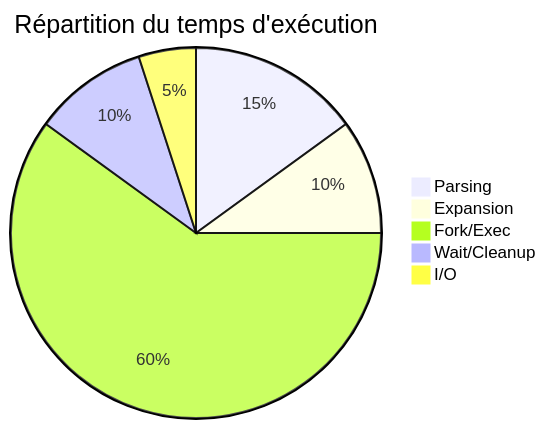
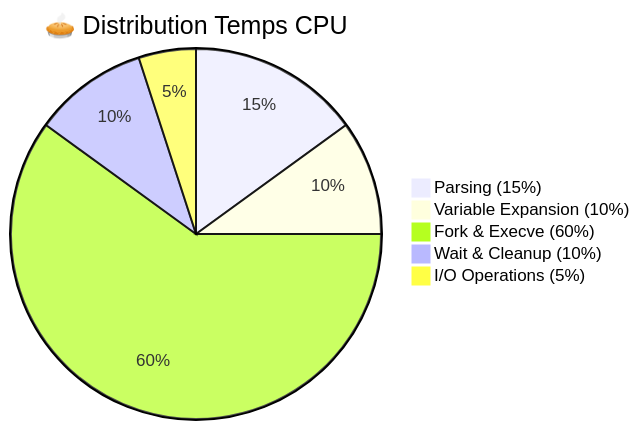
One commit to sedto/Minishell changed diagram 11 of 11 in documentation/DIAGRAMS.md. Above: the diagram before and after it, drawn with Mermaid. The commit also changed other lines of this file and 4 other files, not shown here.

Commit message:
Some Diagrams added need more to do

````diff
--- a/documentation/DIAGRAMS.md
+++ b/documentation/DIAGRAMS.md
@@ -432,8 +533,8 @@
 ```mermaid
-pie title Répartition du temps d'exécution
-    "Parsing" : 15
-    "Expansion" : 10
-    "Fork/Exec" : 60
-    "Wait/Cleanup" : 10
-    "I/O" : 5
+pie title 🥧 Distribution Temps CPU
+    "Parsing (15%)" : 15
+    "Variable Expansion (10%)" : 10
+    "Fork & Execve (60%)" : 60
+    "Wait & Cleanup (10%)" : 10
+    "I/O Operations (5%)" : 5
 ```
````
